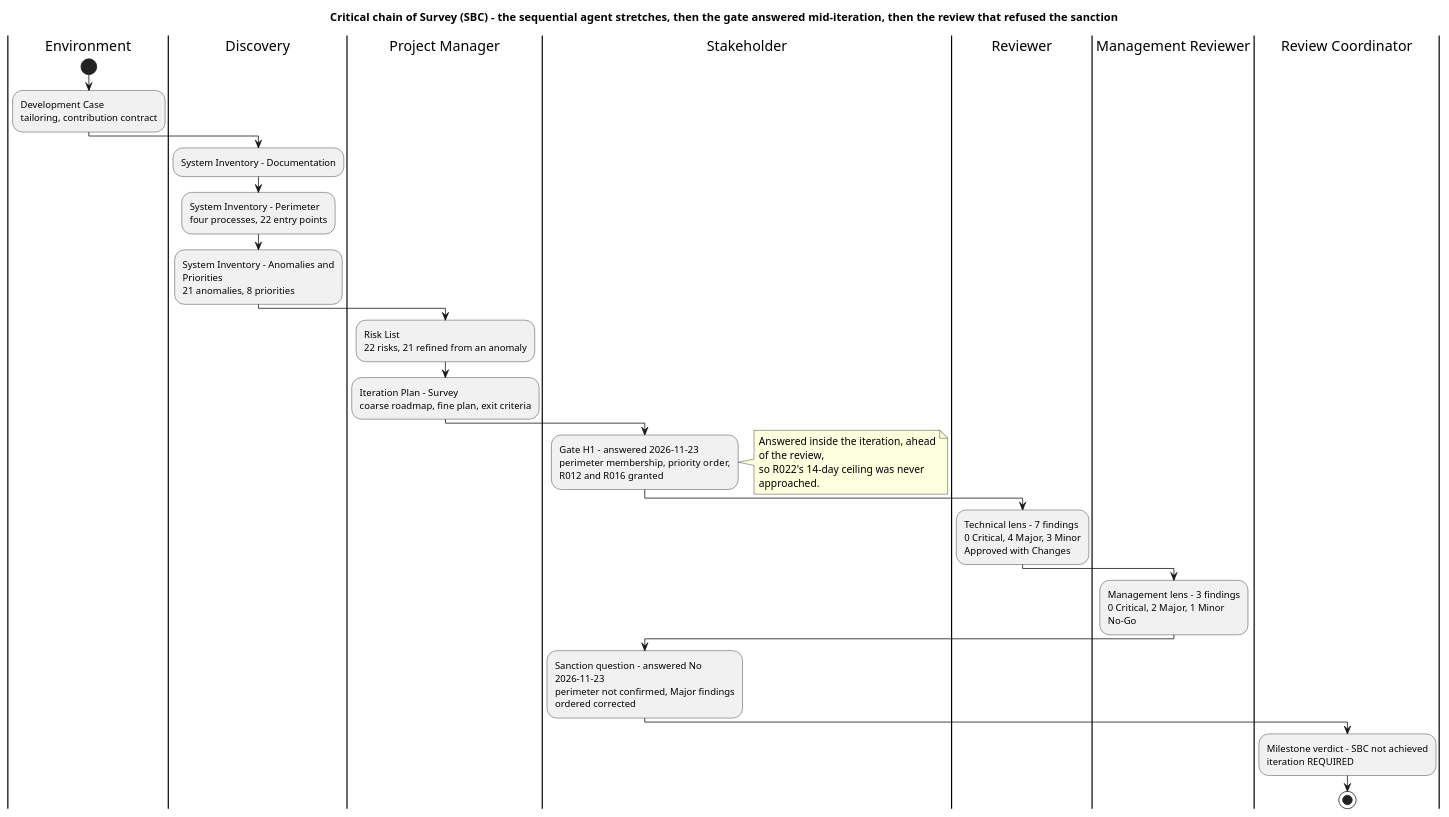
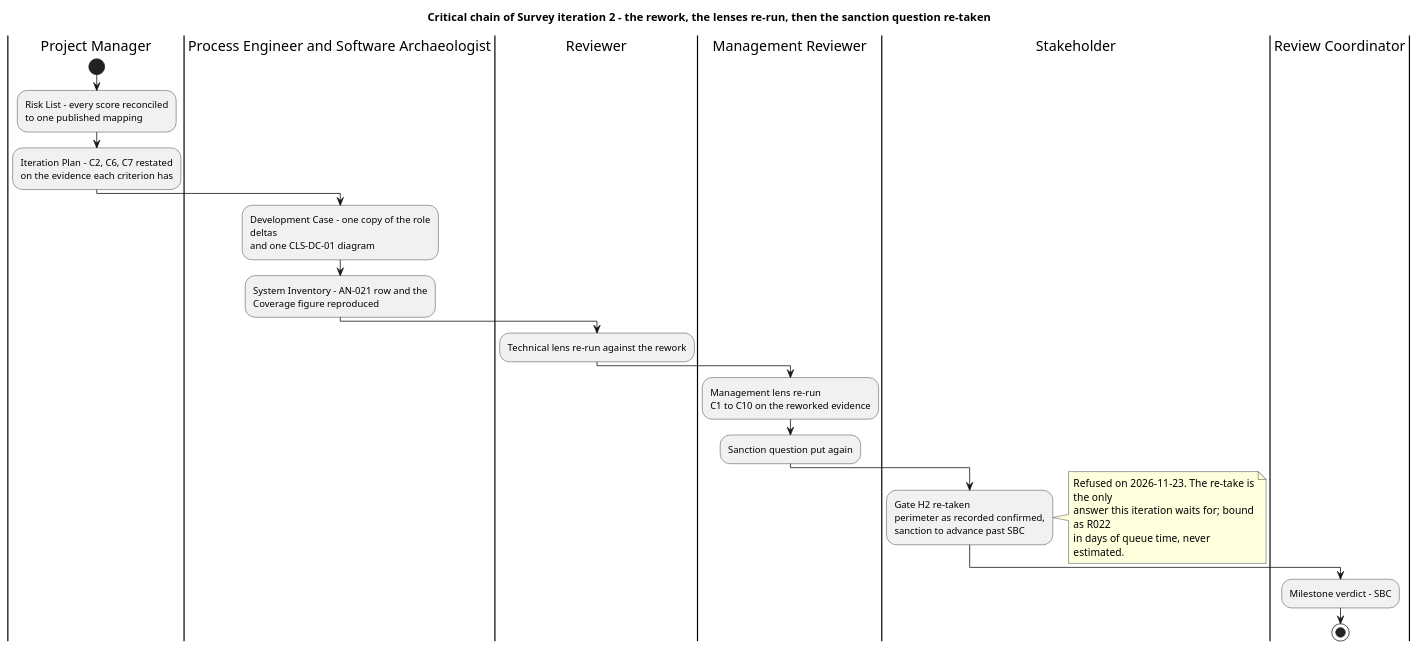
One commit to banense-test/TodoApp changed the second of 3 diagrams in docs/artifacts/project-management/iteration-plan.md. Above: the diagram before and after it, drawn with PlantUML. The commit also changed other lines of this file, not shown here.

First line of the commit message:
Project Manager [Survey2]: upsert Iteration Plan

````diff
--- a/docs/artifacts/project-management/iteration-plan.md
+++ b/docs/artifacts/project-management/iteration-plan.md
@@ -94,55 +92,43 @@
 ```plantuml
 @startuml
-title Critical chain of Survey (SBC) - the sequential agent stretches, then the gate answered mid-iteration, then the review that refused the sanction
+title Critical chain of Survey iteration 2 - the rework, the lenses re-run, then the sanction question re-taken
 
 skinparam shadowing false
 skinparam wrapWidth 230
 
-|Environment|
+|Project Manager|
 start
-:Development Case
-tailoring, contribution contract;
+:Risk List - every score reconciled
+to one published mapping;
+:Iteration Plan - C2, C6, C7 restated
+on the evidence each criterion has;
 
-|Discovery|
-:System Inventory - Documentation;
-:System Inventory - Perimeter
-four processes, 22 entry points;
-:System Inventory - Anomalies and Priorities
-21 anomalies, 8 priorities;
+|Process Engineer and Software Archaeologist|
+:Development Case - one copy of the role deltas
+and one CLS-DC-01 diagram;
+:System Inventory - AN-021 row and the
+Coverage figure reproduced;
 
-|Project Manager|
-:Risk List
-22 risks, 21 refined from an anomaly;
-:Iteration Plan - Survey
-coarse roadmap, fine plan, exit criteria;
+|Reviewer|
+:Technical lens re-run against the rework;
+
+|Management Reviewer|
+:Management lens re-run
+C1 to C10 on the reworked evidence;
+:Sanction question put again;
 
 |Stakeholder|
-:Gate H1 - answered 2026-11-23
-perimeter membership, priority order,
-R012 and R016 granted;
+:Gate H2 re-taken
+perimeter as recorded confirmed,
+sanction to advance past SBC;
 note right
-  Answered inside the iteration, ahead of the review,
-  so R022's 14-day ceiling was never approached.
+  Refused on 2026-11-23. The re-take is the only
+  answer this iteration waits for; bound as R022
+  in days of queue time, never estimated.
 end note
 
-|Reviewer|
-:Technical lens - 7 findings
-0 Critical, 4 Major, 3 Minor
-Approved with Changes;
-
-|Management Reviewer|
-:Management lens - 3 findings
-0 Critical, 2 Major, 1 Minor
-No-Go;
-
-|Stakeholder|
-:Sanction question - answered No 2026-11-23
-perimeter not confirmed, Major findings
-ordered corrected;
-
 |Review Coordinator|
-:Milestone verdict - SBC not achieved
-iteration REQUIRED;
+:Milestone verdict - SBC;
 stop
 @enduml
 ```
````
